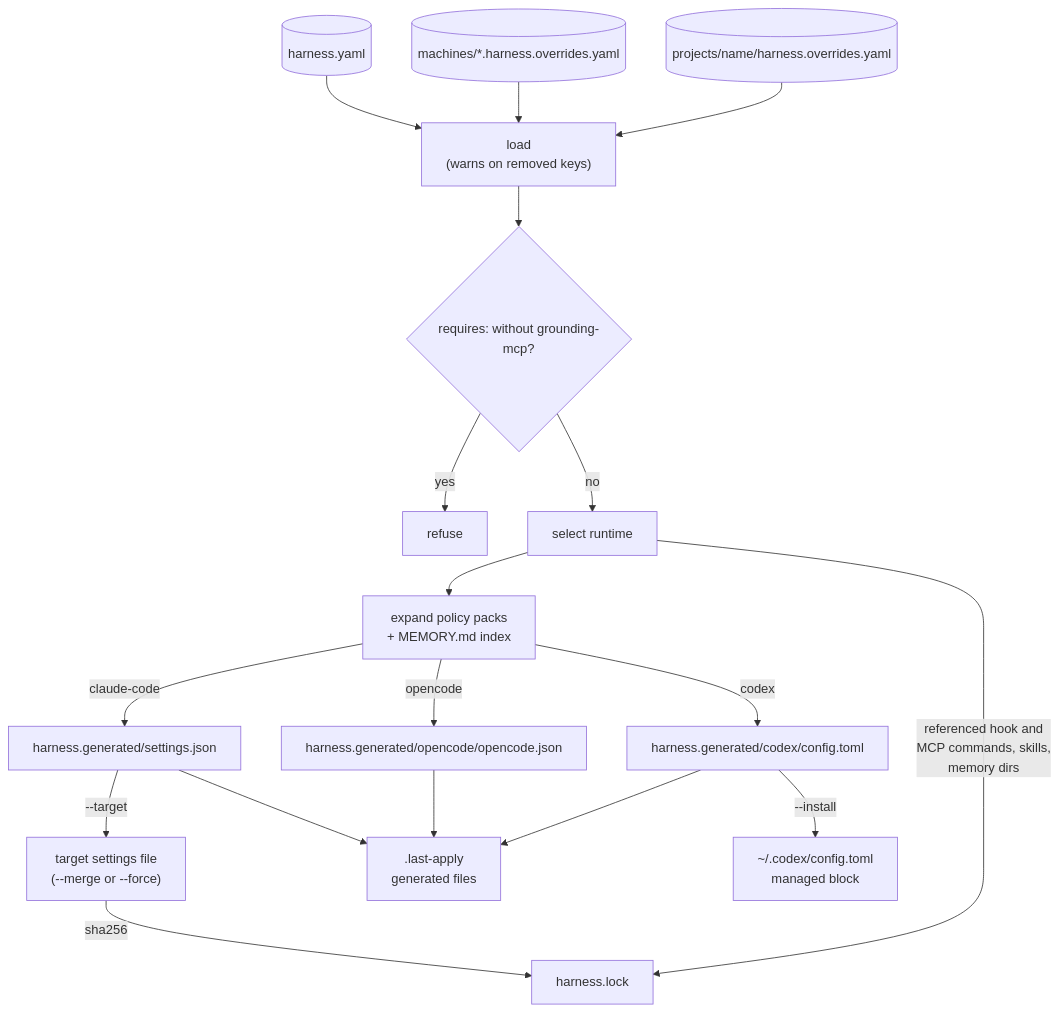
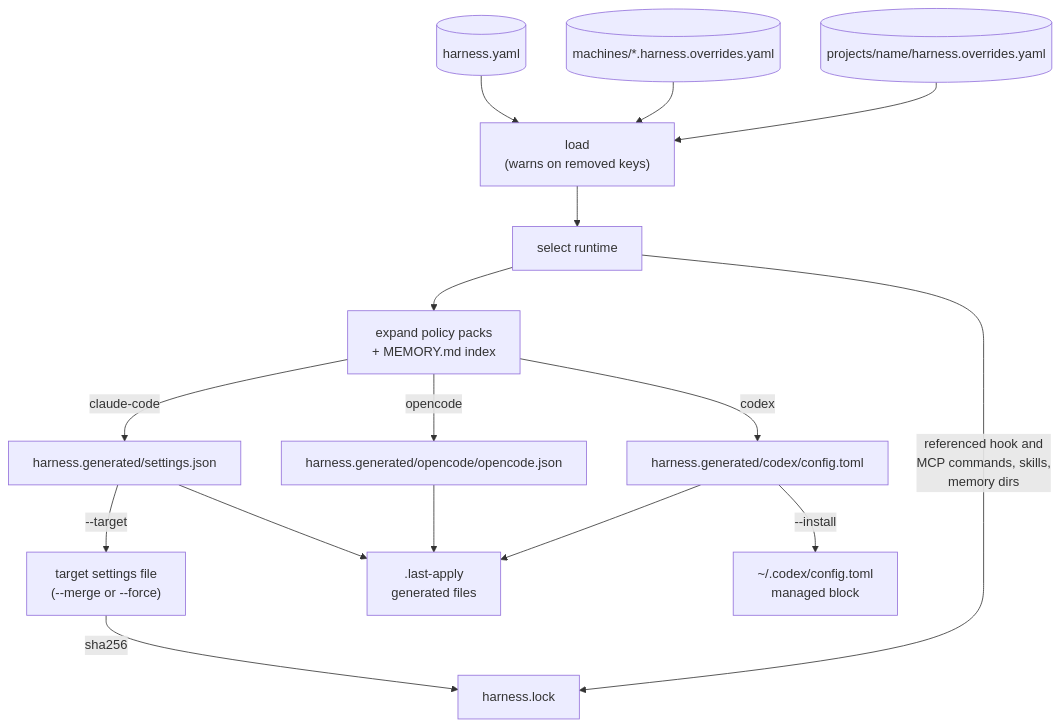
The second of 2 diagrams in docs/for-humans.md (LanNguyenSi/harness), drawn with Mermaid before and after one commit. The commit also changed other lines of this file and 22 other files, not shown here.

````diff
--- a/docs/for-humans.md
+++ b/docs/for-humans.md
@@ -167,20 +167,18 @@
 ```mermaid
 flowchart TD
   BASE[("harness.yaml")] --> LOAD
   MACH[("machines/*.harness.overrides.yaml")] --> LOAD
   PROJ[("projects/name/harness.overrides.yaml")] --> LOAD
-  LOAD["load<br/>(warns on removed keys)"] --> GATE{"requires: without grounding-mcp?"}
-  GATE -->|yes| STOP["refuse"]
-  GATE -->|no| RT["select runtime"]
+  LOAD["load<br/>(warns on removed keys)"] --> RT["select runtime"]
   RT --> PACKS["expand policy packs<br/>+ MEMORY.md index"]
   PACKS -->|claude-code| SET["harness.generated/settings.json"]
   PACKS -->|opencode| OC["harness.generated/opencode/opencode.json"]
   PACKS -->|codex| CODEX["harness.generated/codex/config.toml"]
   SET -->|"--target"| TGT["target settings file<br/>(--merge or --force)"]
   SET --> LAST[".last-apply<br/>generated files"]
   OC --> LAST
   CODEX --> LAST
   CODEX -->|"--install"| INST["~/.codex/config.toml<br/>managed block"]
   RT -->|"referenced hook and<br/>MCP commands, skills,<br/>memory dirs"| LOCK["harness.lock"]
   TGT -->|"sha256"| LOCK
 ```
````
